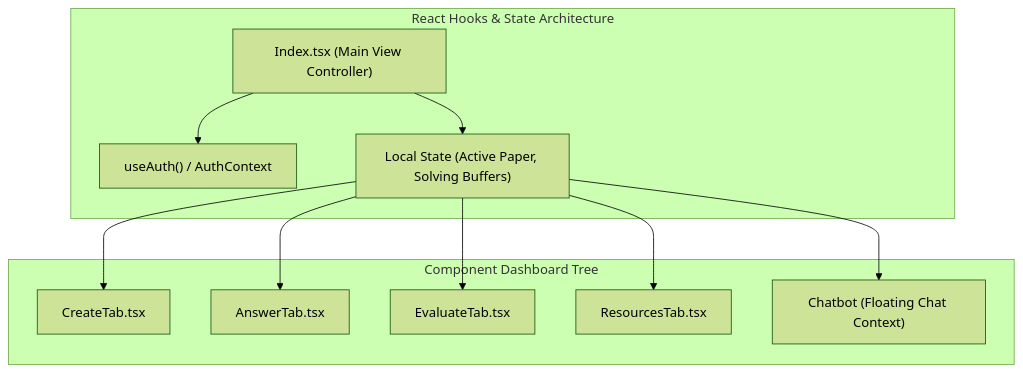
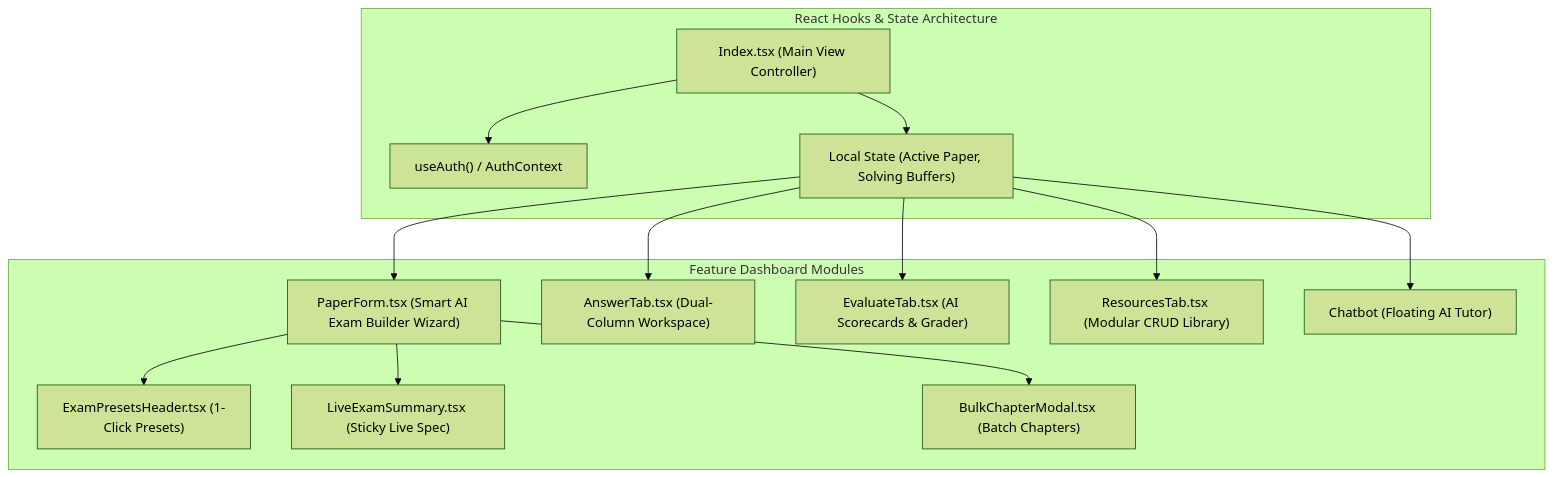
One commit to anuragsinghrajput123456789/MockVerse-Ai changed the second of 5 diagrams in docs/ARCHITECTURE.md. Above: the diagram before and after it, drawn with Mermaid (forest theme). The commit also changed 205 other files, not shown here.

Commit message:
feat: Add Smart AI Exam Builder, 1-click Preset Templates, Live Spec Summary, and update documentation

````diff
--- a/docs/ARCHITECTURE.md
+++ b/docs/ARCHITECTURE.md
@@ -65,24 +65,30 @@
 ```mermaid
 graph TD
     subgraph ClientState ["React Hooks & State Architecture"]
         A["Index.tsx (Main View Controller)"]
         B["useAuth() / AuthContext"]
         C["Local State (Active Paper, Solving Buffers)"]
     end
 
-    subgraph ViewTabs ["Component Dashboard Tree"]
-        D["CreateTab.tsx"]
-        E["AnswerTab.tsx"]
-        F["EvaluateTab.tsx"]
-        G["ResourcesTab.tsx"]
-        H["Chatbot (Floating Chat Context)"]
+    subgraph FeatureModules ["Feature Dashboard Modules"]
+        D["PaperForm.tsx (Smart AI Exam Builder Wizard)"]
+        D1["ExamPresetsHeader.tsx (1-Click Presets)"]
+        D2["LiveExamSummary.tsx (Sticky Live Spec)"]
+        D3["BulkChapterModal.tsx (Batch Chapters)"]
+        E["AnswerTab.tsx (Dual-Column Workspace)"]
+        F["EvaluateTab.tsx (AI Scorecards & Grader)"]
+        G["ResourcesTab.tsx (Modular CRUD Library)"]
+        H["Chatbot (Floating AI Tutor)"]
     end
 
     A --> B
     A --> C
     C --> D
+    D --> D1
+    D --> D2
+    D --> D3
     C --> E
     C --> F
     C --> G
     C --> H
 ```
````
